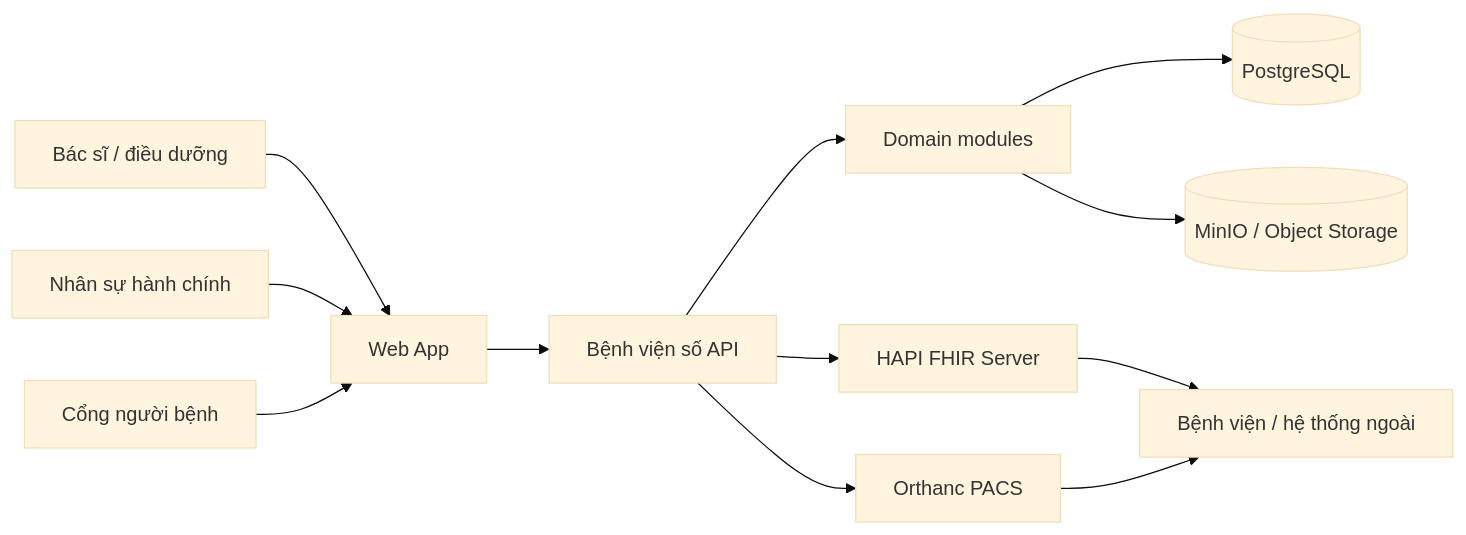
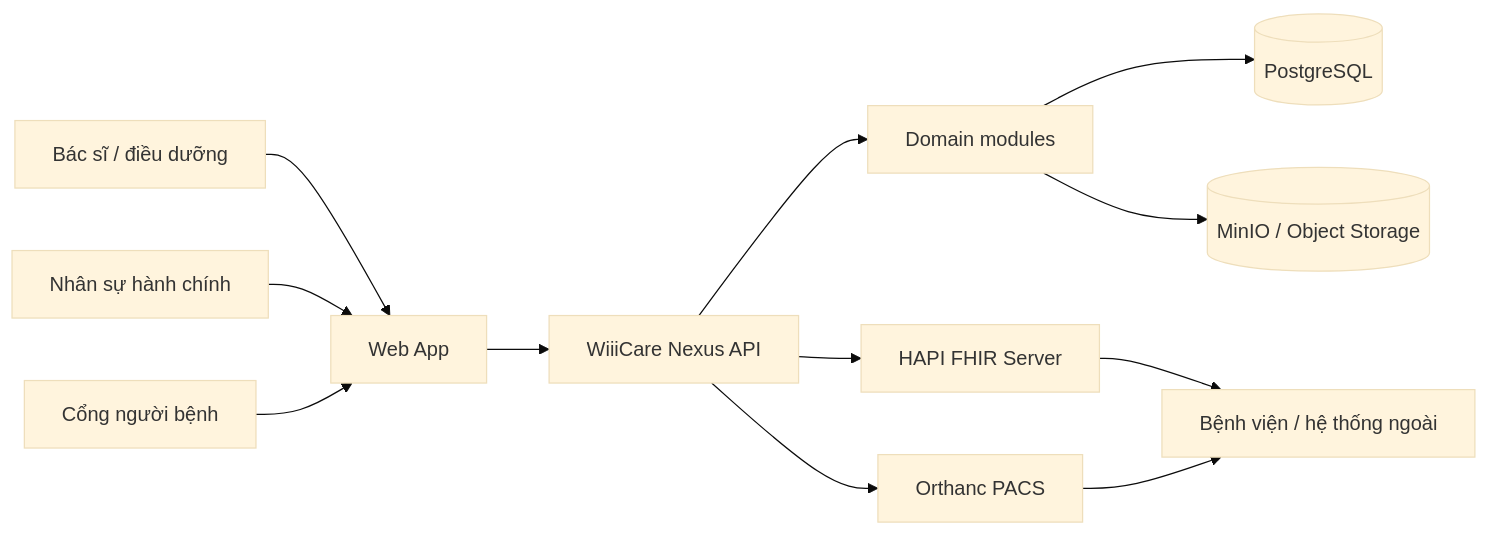
One commit to meiiie/benh_vien changed the first of 2 diagrams in docs/ARCHITECTURE.md. Above: the diagram before and after it, drawn with Mermaid (base theme). The commit also changed other lines of this file and 4 other files, not shown here.

Commit message:
docs: brand project as WiiiCare Nexus

````diff
--- a/docs/ARCHITECTURE.md
+++ b/docs/ARCHITECTURE.md
@@ -29,26 +29,26 @@
 ```mermaid
 flowchart LR
   Doctor["Bác sĩ / điều dưỡng"]
   Admin["Nhân sự hành chính"]
   Portal["Cổng người bệnh"]
   Web["Web App"]
-  Api["Bệnh viện số API"]
+  Api["WiiiCare Nexus API"]
   Domain["Domain modules"]
   Db[("PostgreSQL")]
   ObjectStore[("MinIO / Object Storage")]
   Fhir["HAPI FHIR Server"]
   Pacs["Orthanc PACS"]
   External["Bệnh viện / hệ thống ngoài"]
 
   Doctor --> Web
   Admin --> Web
   Portal --> Web
   Web --> Api
   Api --> Domain
   Domain --> Db
   Domain --> ObjectStore
   Api --> Fhir
   Api --> Pacs
   Fhir --> External
   Pacs --> External
 ```
````
